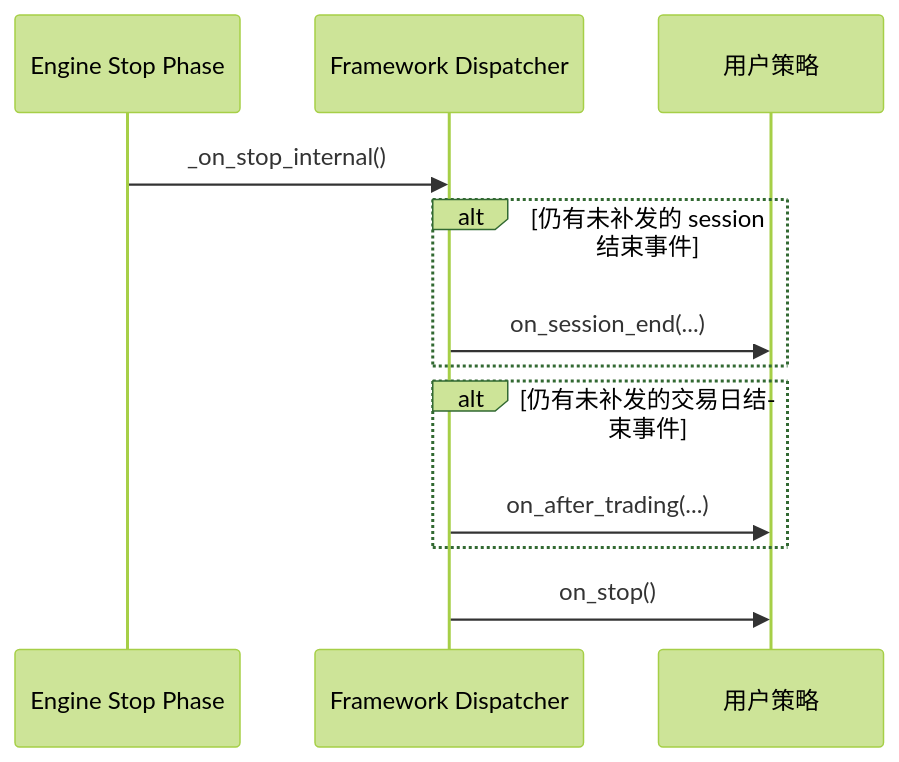
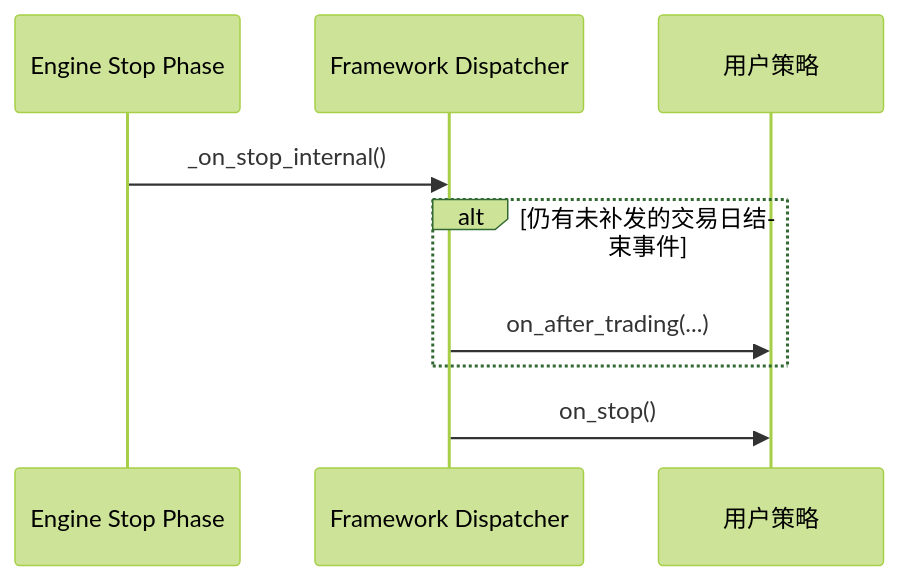
Before and after one commit to akfamily/akquant: the second of 2 diagrams in docs/zh/guide/strategy.md, drawn with Mermaid (forest theme). The commit also changed other lines of this file and 38 other files, not shown here.

````diff
--- a/docs/zh/guide/strategy.md
+++ b/docs/zh/guide/strategy.md
@@ -131,15 +125,12 @@
 ```mermaid
 sequenceDiagram
     participant Engine as Engine Stop Phase
     participant FW as Framework Dispatcher
     participant Strategy as 用户策略
 
     Engine->>FW: _on_stop_internal()
-    alt 仍有未补发的 session 结束事件
-        FW->>Strategy: on_session_end(...)
-    end
     alt 仍有未补发的交易日结束事件
         FW->>Strategy: on_after_trading(...)
     end
     FW->>Strategy: on_stop()
 ```
````
